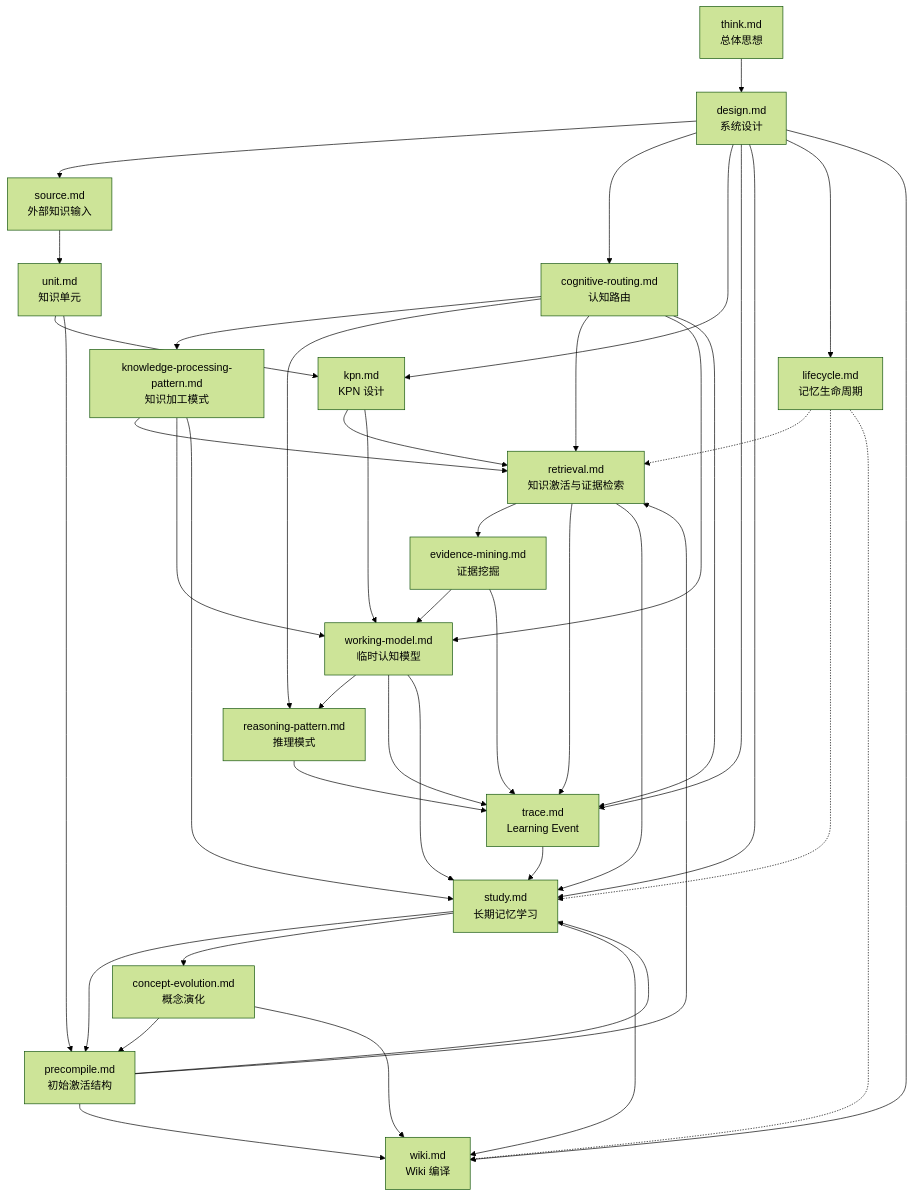
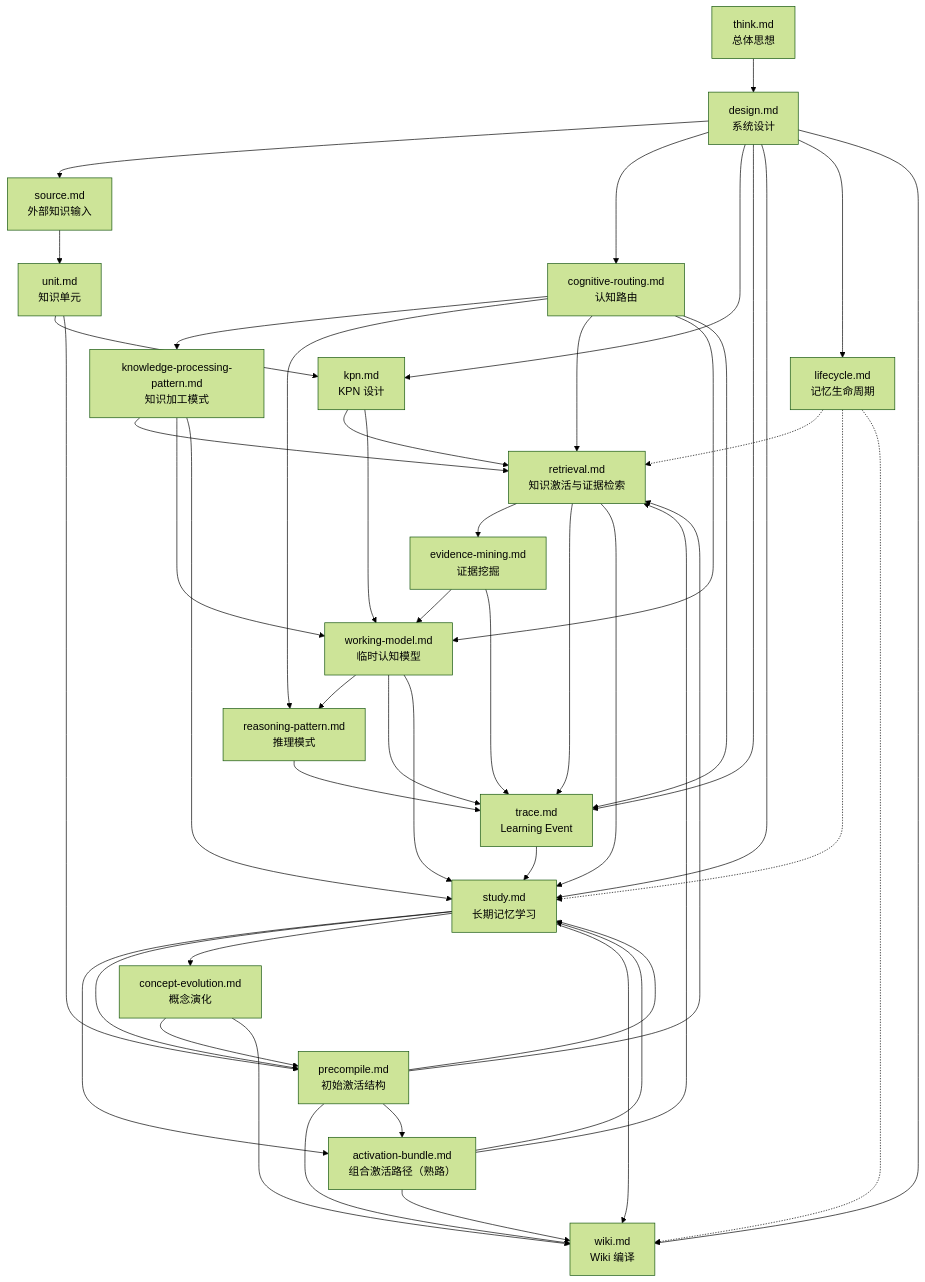
The diagram in docs/design/readme.md (xman1978/wiki-brain), drawn with Mermaid (forest theme) before and after one commit. The commit also changed other lines of this file and 98 other files, not shown here.

Commit message:
wiki-brain v1.1.0 1. 重写 ActivationLink，ActivationBundle，wiki 激活机制，使用 beta 分布统计激活置信度 2. 重写 ActivationLink，ActivationBundle，wiki 匹配机制，使用 tuple normalization 和 vector search 优化匹配效果

```diff
--- a/docs/design/readme.md
+++ b/docs/design/readme.md
@@ -61,6 +63,7 @@
   unit["unit.md<br/>知识单元"]
   kpn["kpn.md<br/>KPN 设计"]
   precompile["precompile.md<br/>初始激活结构"]
+  bundle["activation-bundle.md<br/>组合激活路径（熟路）"]
 
   routing["cognitive-routing.md<br/>认知路由"]
   kpp["knowledge-processing-pattern.md<br/>知识加工模式"]
@@ -94,6 +97,11 @@
   precompile --> retrieval
   precompile --> study
   precompile --> wiki
+  precompile --> bundle
+  bundle --> retrieval
+  bundle --> study
+  bundle --> wiki
+  study --> bundle
 
   routing --> kpp
   routing --> rp
```
